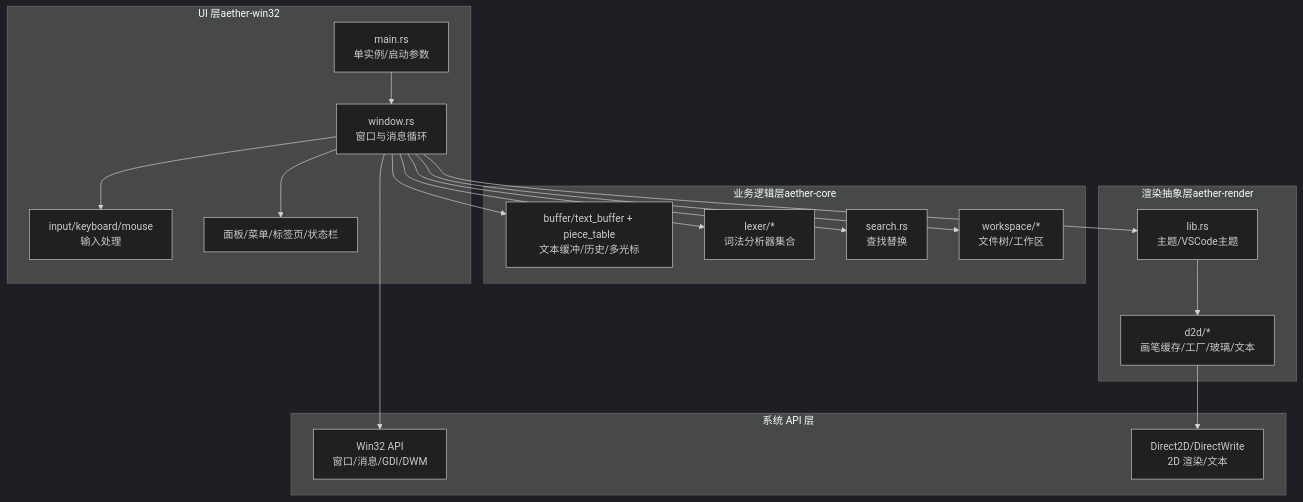
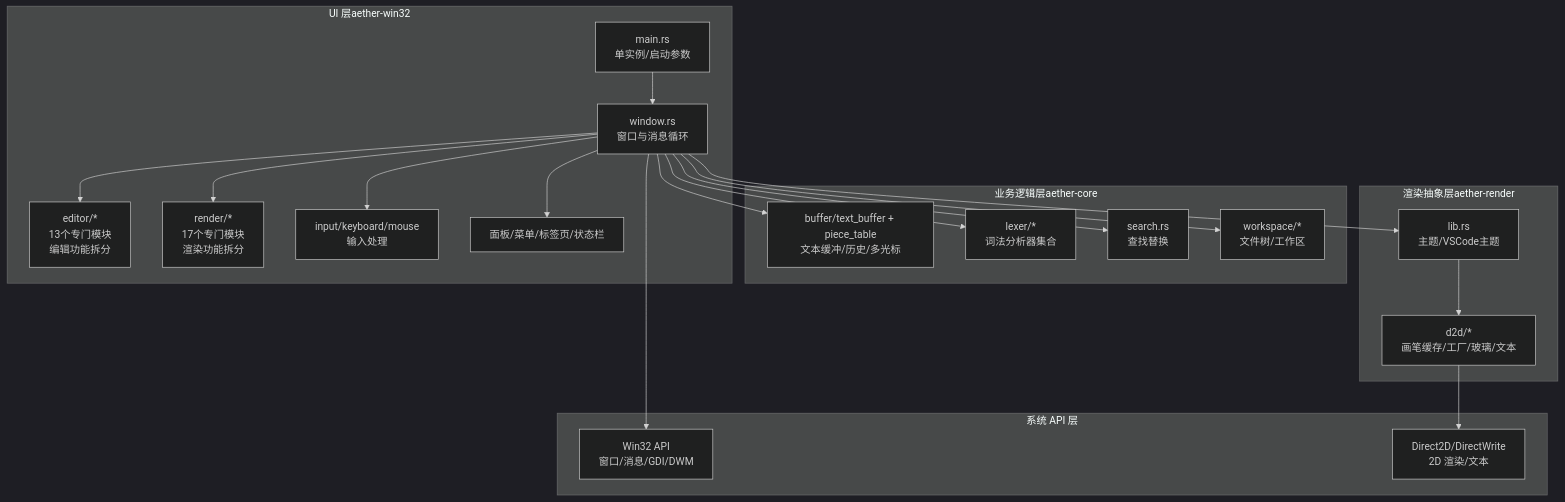
The second of 8 diagrams in .qoder/repowiki/zh/content/架构设计/架构设计.md (songdiyang/AetherStudio), drawn with Mermaid (dark theme) before and after one commit. The commit also changed other lines of this file and 25 other files, not shown here.

````diff
--- a/.qoder/repowiki/zh/content/架构设计/架构设计.md
+++ b/.qoder/repowiki/zh/content/架构设计/架构设计.md
@@ -97,34 +109,38 @@
 ```mermaid
 graph TB
 subgraph "UI 层aether-win32"
 WMain["main.rs<br/>单实例/启动参数"]
 Win["window.rs<br/>窗口与消息循环"]
+EditorMod["editor/*<br/>13个专门模块<br/>编辑功能拆分"]
+RenderMod["render/*<br/>17个专门模块<br/>渲染功能拆分"]
 Input["input/keyboard/mouse<br/>输入处理"]
 Panels["面板/菜单/标签页/状态栏"]
 end
 subgraph "业务逻辑层aether-core"
 Buffer["buffer/text_buffer + piece_table<br/>文本缓冲/历史/多光标"]
 Lexer["lexer/*<br/>词法分析器集合"]
 Search["search.rs<br/>查找替换"]
 Work["workspace/*<br/>文件树/工作区"]
 end
 subgraph "渲染抽象层aether-render"
 RLib["lib.rs<br/>主题/VSCode主题"]
 D2D["d2d/*<br/>画笔缓存/工厂/玻璃/文本"]
 end
 subgraph "系统 API 层"
 WinAPI["Win32 API<br/>窗口/消息/GDI/DWM"]
 D2DAPI["Direct2D/DirectWrite<br/>2D 渲染/文本"]
 end
 WMain --> Win
+Win --> EditorMod
+Win --> RenderMod
 Win --> Input
 Win --> Panels
 Win --> Buffer
 Win --> Lexer
 Win --> Search
 Win --> Work
 Win --> RLib
 RLib --> D2D
 D2D --> D2DAPI
 Win --> WinAPI
 ```
````
